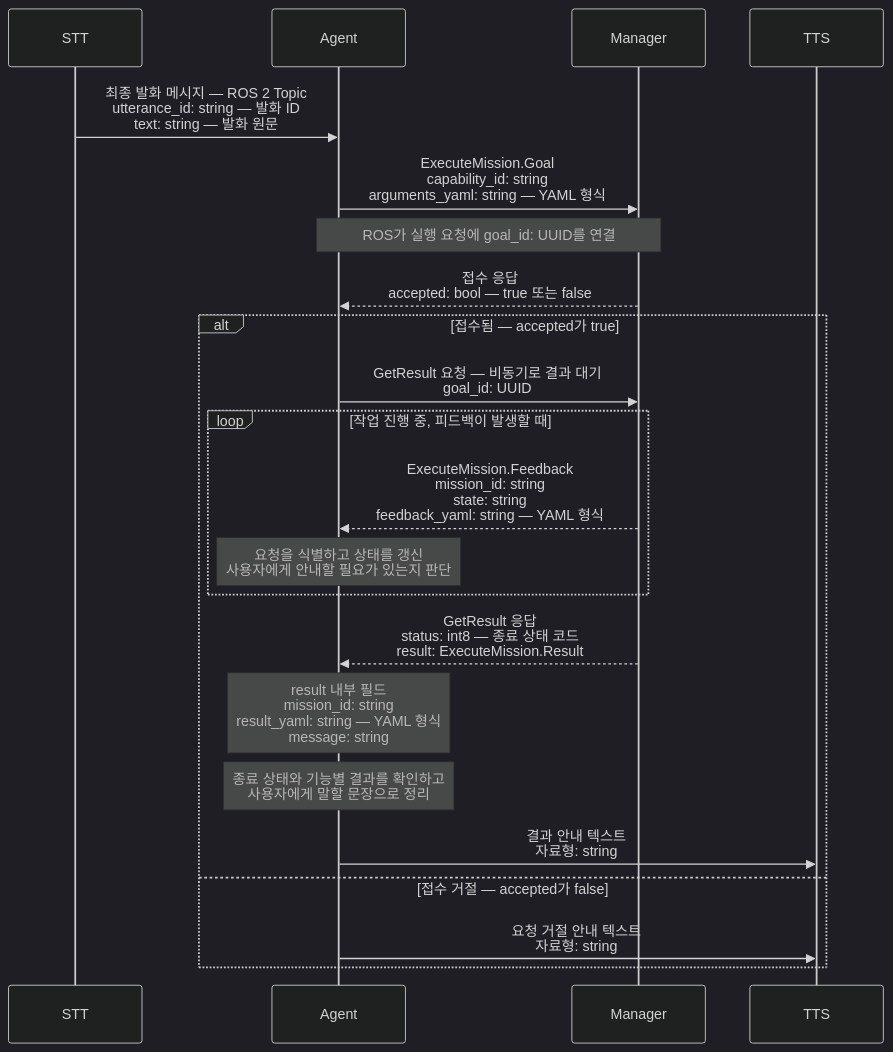
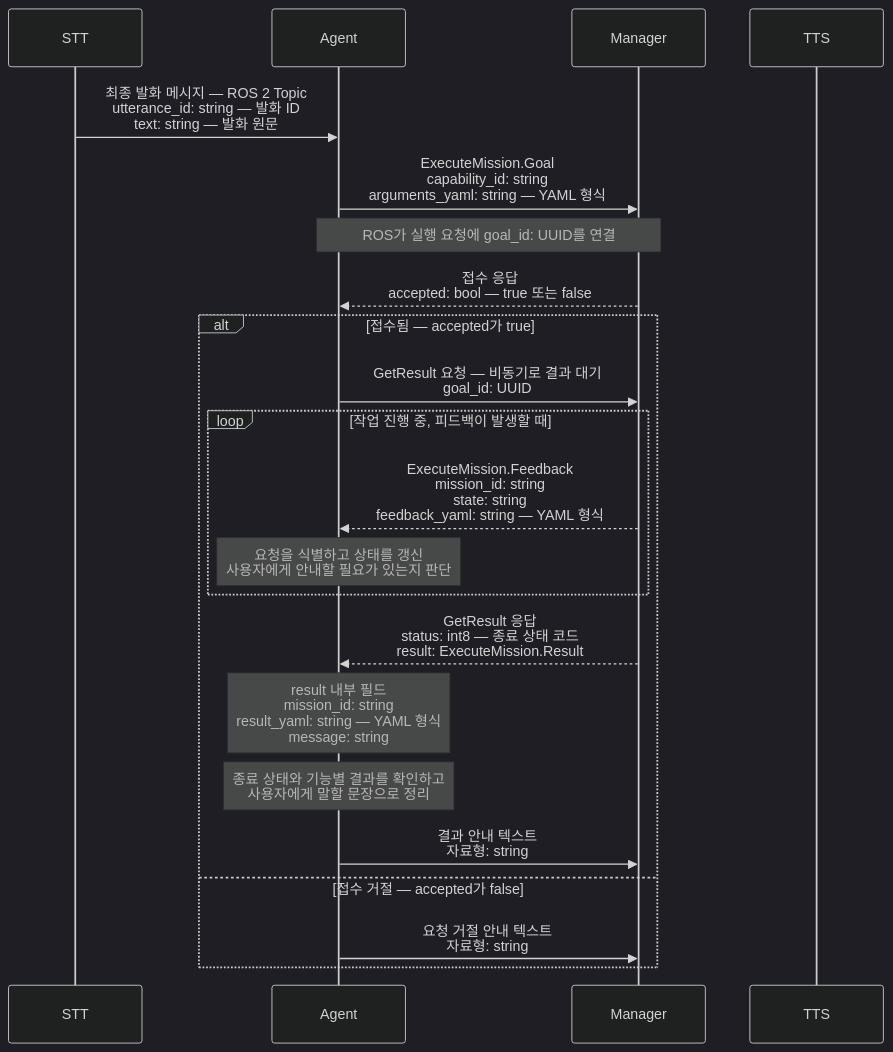
The second of 2 diagrams in malbut_agent_server/docs/malbut_agent.md (SWM-malbut/malbut), drawn with Mermaid (dark theme) before and after one commit. The commit also changed other lines of this file and 49 other files, not shown here.

````diff
--- a/malbut_agent_server/docs/malbut_agent.md
+++ b/malbut_agent_server/docs/malbut_agent.md
@@ -63,32 +64,32 @@
 ```mermaid
 sequenceDiagram
     participant S as STT
     participant A as Agent
     participant M as Manager
     participant T as TTS
 
         S->>A: 최종 발화 메시지 — ROS 2 Topic<br/>utterance_id: string — 발화 ID<br/>text: string — 발화 원문
 
     A->>M: ExecuteMission.Goal<br/>capability_id: string<br/>arguments_yaml: string — YAML 형식
     Note over A,M: ROS가 실행 요청에 goal_id: UUID를 연결
 
     M-->>A: 접수 응답<br/>accepted: bool — true 또는 false
 
     alt 접수됨 — accepted가 true
         A->>M: GetResult 요청 — 비동기로 결과 대기<br/>goal_id: UUID
 
         loop 작업 진행 중, 피드백이 발생할 때
             M-->>A: ExecuteMission.Feedback<br/>mission_id: string<br/>state: string<br/>feedback_yaml: string — YAML 형식
             Note over A: 요청을 식별하고 상태를 갱신<br/>사용자에게 안내할 필요가 있는지 판단
         end
 
         M-->>A: GetResult 응답<br/>status: int8 — 종료 상태 코드<br/>result: ExecuteMission.Result
         Note over A: result 내부 필드<br/>mission_id: string<br/>result_yaml: string — YAML 형식<br/>message: string
 
         Note over A: 종료 상태와 기능별 결과를 확인하고<br/>사용자에게 말할 문장으로 정리
-        A->>T: 결과 안내 텍스트<br/>자료형: string
+        A->>M: 결과 안내 텍스트<br/>자료형: string
 
     else 접수 거절 — accepted가 false
-        A->>T: 요청 거절 안내 텍스트<br/>자료형: string
+        A->>M: 요청 거절 안내 텍스트<br/>자료형: string
     end
 ```
````
